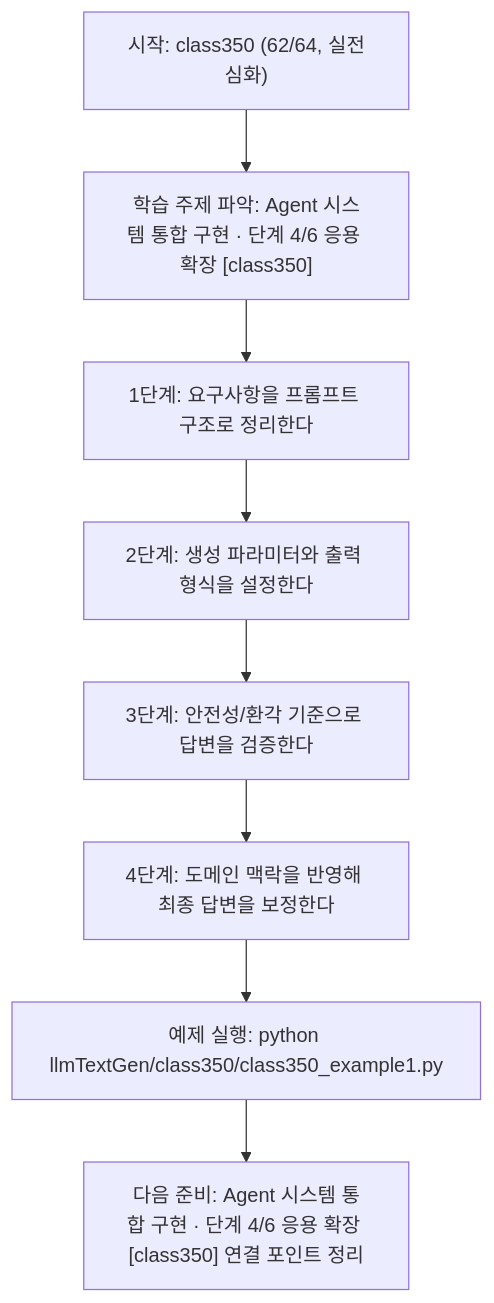
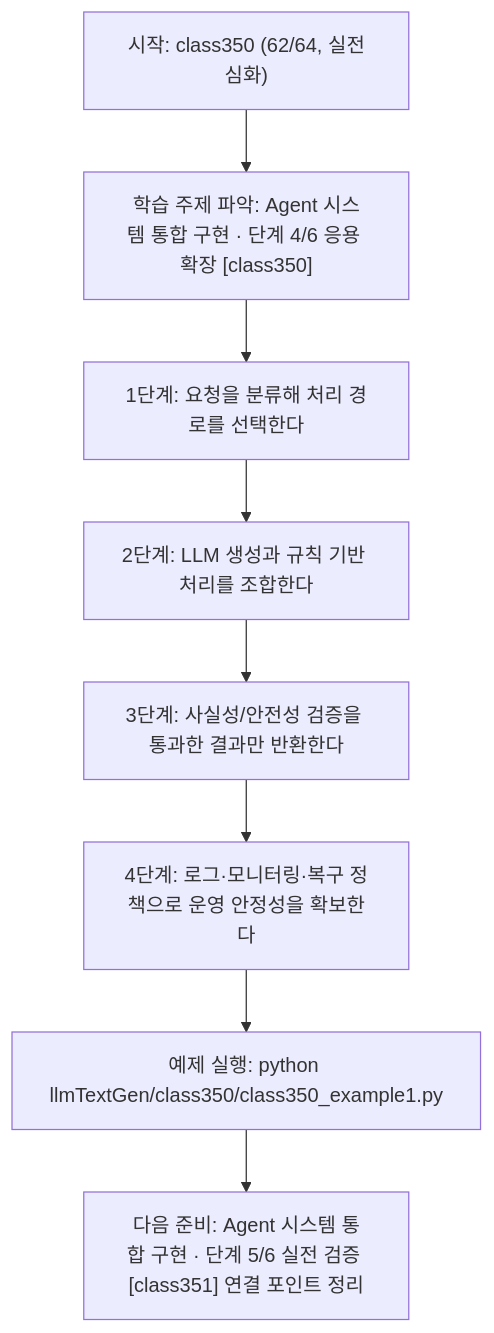
Before and after one commit to edumgt/Python-AI_Agent-Class: the diagram in llmTextGen/class350/class350.md, drawn with Mermaid. The commit also changed other lines of this file and 451 other files, not shown here.

````diff
--- a/llmTextGen/class350/class350.md
+++ b/llmTextGen/class350/class350.md
@@ -115,18 +95,18 @@
 ```mermaid
 flowchart TD
 N1["시작: class350 (62/64, 실전심화)"]
 N2["학습 주제 파악: Agent 시스템 통합 구현 · 단계 4/6 응용 확장 [class350]"]
-N3["1단계: 요구사항을 프롬프트 구조로 정리한다"]
-N4["2단계: 생성 파라미터와 출력 형식을 설정한다"]
-N5["3단계: 안전성/환각 기준으로 답변을 검증한다"]
-N6["4단계: 도메인 맥락을 반영해 최종 답변을 보정한다"]
+N3["1단계: 요청을 분류해 처리 경로를 선택한다"]
+N4["2단계: LLM 생성과 규칙 기반 처리를 조합한다"]
+N5["3단계: 사실성/안전성 검증을 통과한 결과만 반환한다"]
+N6["4단계: 로그·모니터링·복구 정책으로 운영 안정성을 확보한다"]
 N7["예제 실행: python llmTextGen/class350/class350_example1.py"]
-N8["다음 준비: Agent 시스템 통합 구현 · 단계 4/6 응용 확장 [class350] 연결 포인트 정리"]
+N8["다음 준비: Agent 시스템 통합 구현 · 단계 5/6 실전 검증 [class351] 연결 포인트 정리"]
 N1 --> N2
 N2 --> N3
 N3 --> N4
 N4 --> N5
 N5 --> N6
 N6 --> N7
 N7 --> N8
 ```
````
